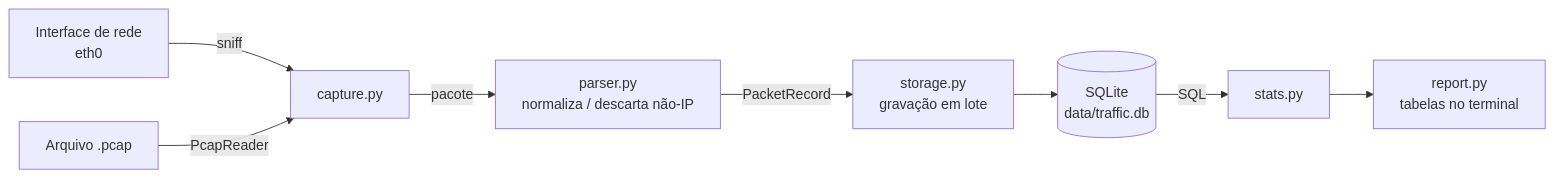
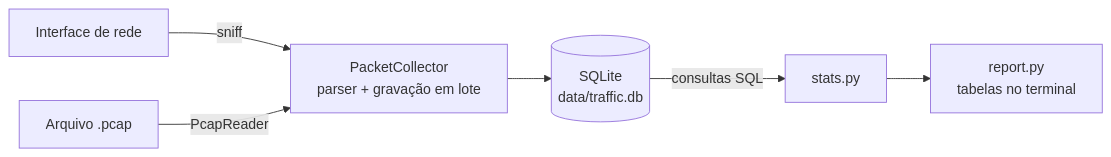
The diagram in README.md (brunodrapalski-hue/Analizador-de-trafego), drawn with Mermaid before and after one commit. The commit also changed other lines of this file and 10 other files, not shown here.

````diff
--- a/README.md
+++ b/README.md
@@ -108,10 +26,8 @@
 ```mermaid
 flowchart LR
-    A[Interface de rede<br/>eth0] -->|sniff| C[capture.py]
-    B[Arquivo .pcap] -->|PcapReader| C
-    C -->|pacote| P[parser.py<br/>normaliza / descarta não-IP]
-    P -->|PacketRecord| S[storage.py<br/>gravação em lote]
-    S --> DB[(SQLite<br/>data/traffic.db)]
-    DB -->|SQL| ST[stats.py]
-    ST --> R[report.py<br/>tabelas no terminal]
+    IF["Interface de rede"] -->|sniff| COL
+    PCAP["Arquivo .pcap"] -->|PcapReader| COL
+    COL["PacketCollector<br/>parser + gravação em lote"] --> DB[("SQLite<br/>data/traffic.db")]
+    DB -->|consultas SQL| ST["stats.py"]
+    ST --> R["report.py<br/>tabelas no terminal"]
 ```
````
